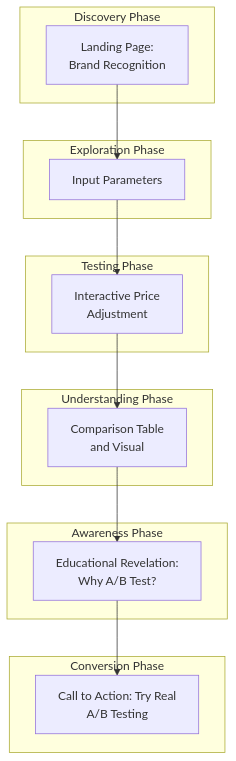
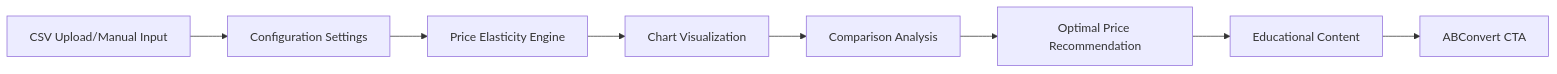
The diagram in Proof of Concept.md (Wen5928/price_test_smalltool), drawn with Mermaid before and after one commit. The commit also changed other lines of this file and 7 other files, not shown here.

````diff
--- a/Proof of Concept.md
+++ b/Proof of Concept.md
@@ -40,32 +67,10 @@
 ```mermaid
-flowchart TD
-    A[Landing Page: 
-Brand Recognition] --> B[Input Parameters]
-    B --> C[Interactive Price 
-Adjustment]
-    C --> D[Comparison Table 
-and Visual]
-    D --> E[Educational Revelation: 
-Why A/B Test?]
-    E --> F[Call to Action: Try Real 
-A/B Testing]
-
-    subgraph Discovery Phase
-        A
-    end
-    subgraph Exploration Phase
-        B
-    end
-    subgraph Testing Phase
-        C
-    end
-    subgraph Understanding Phase
-        D
-    end
-    subgraph Awareness Phase
-        E
-    end
-    subgraph Conversion Phase
-        F
-    end 
+flowchart LR
+    A[CSV Upload/Manual Input] --> B[Configuration Settings]
+    B --> C[Price Elasticity Engine]
+    C --> D[Chart Visualization]
+    D --> E[Comparison Analysis]
+    E --> F[Optimal Price Recommendation]
+    F --> G[Educational Content]
+    G --> H[ABConvert CTA]
 ```
````
